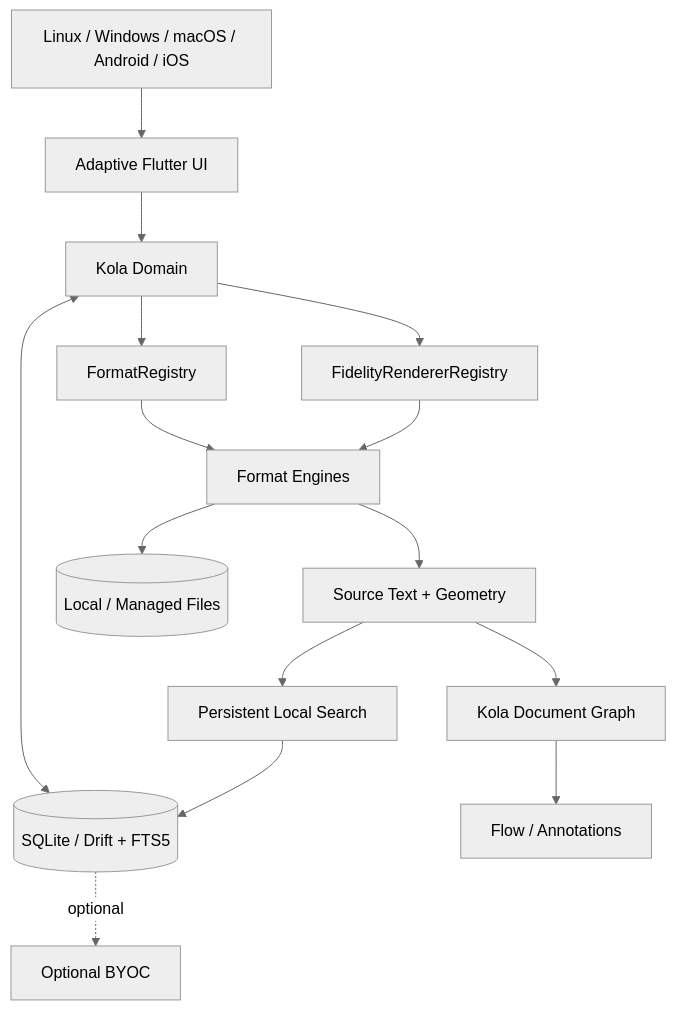
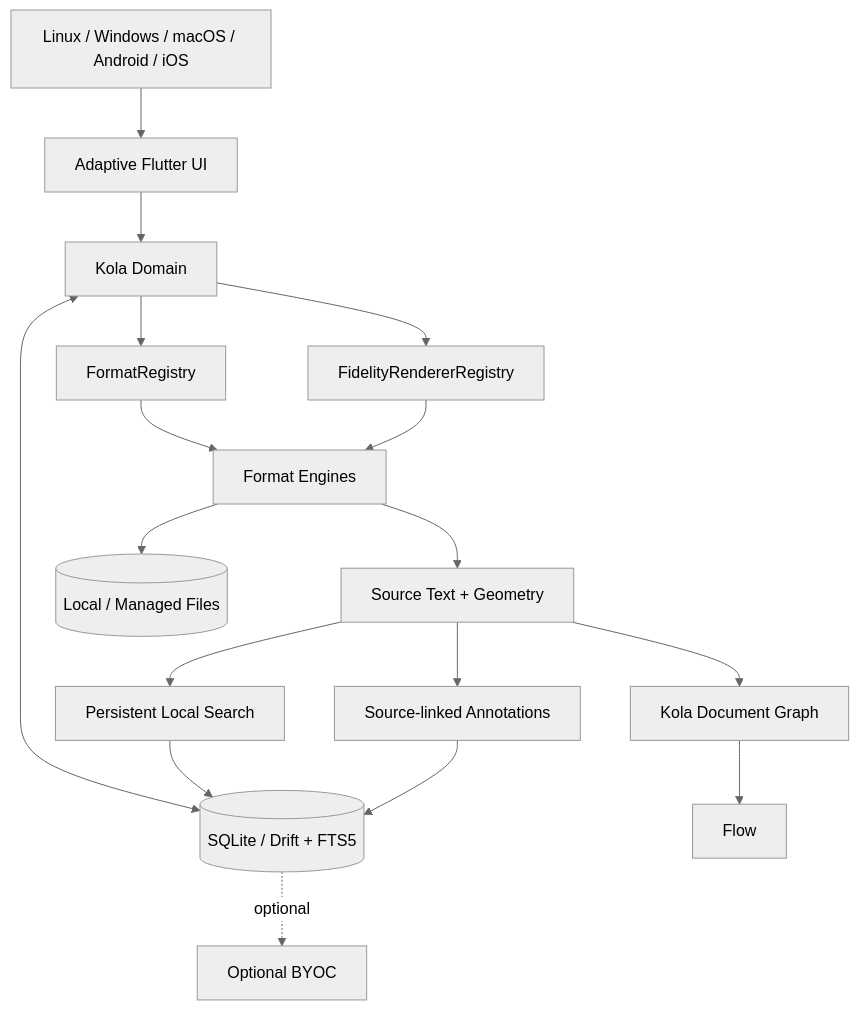
One commit to aaditya140103/kola changed the first of 14 diagrams in docs/PROJECT_GRAPH.md. Above: the diagram before and after it, drawn with Mermaid (neutral theme). The commit also changed other lines of this file, not shown here.

Commit message:
Document PDF highlight data flow

````diff
--- a/docs/PROJECT_GRAPH.md
+++ b/docs/PROJECT_GRAPH.md
@@ -7,24 +7,26 @@
 ```mermaid
 flowchart TD
     OS[Linux / Windows / macOS / Android / iOS]
     UI[Adaptive Flutter UI]
     Domain[Kola Domain]
     DB[(SQLite / Drift + FTS5)]
     Files[(Local / Managed Files)]
     Format[FormatRegistry]
     Fidelity[FidelityRendererRegistry]
     Engines[Format Engines]
     Text[Source Text + Geometry]
     Search[Persistent Local Search]
+    Annotation[Source-linked Annotations]
     KDG[Kola Document Graph]
-    Flow[Flow / Annotations]
+    Flow[Flow]
     Sync[Optional BYOC]
 
     OS --> UI --> Domain
     Domain <--> DB
     Domain --> Format --> Engines --> Files
     Domain --> Fidelity --> Engines
     Engines --> Text --> Search --> DB
+    Text --> Annotation --> DB
     Text --> KDG --> Flow
     DB -. optional .-> Sync
 ```
````
